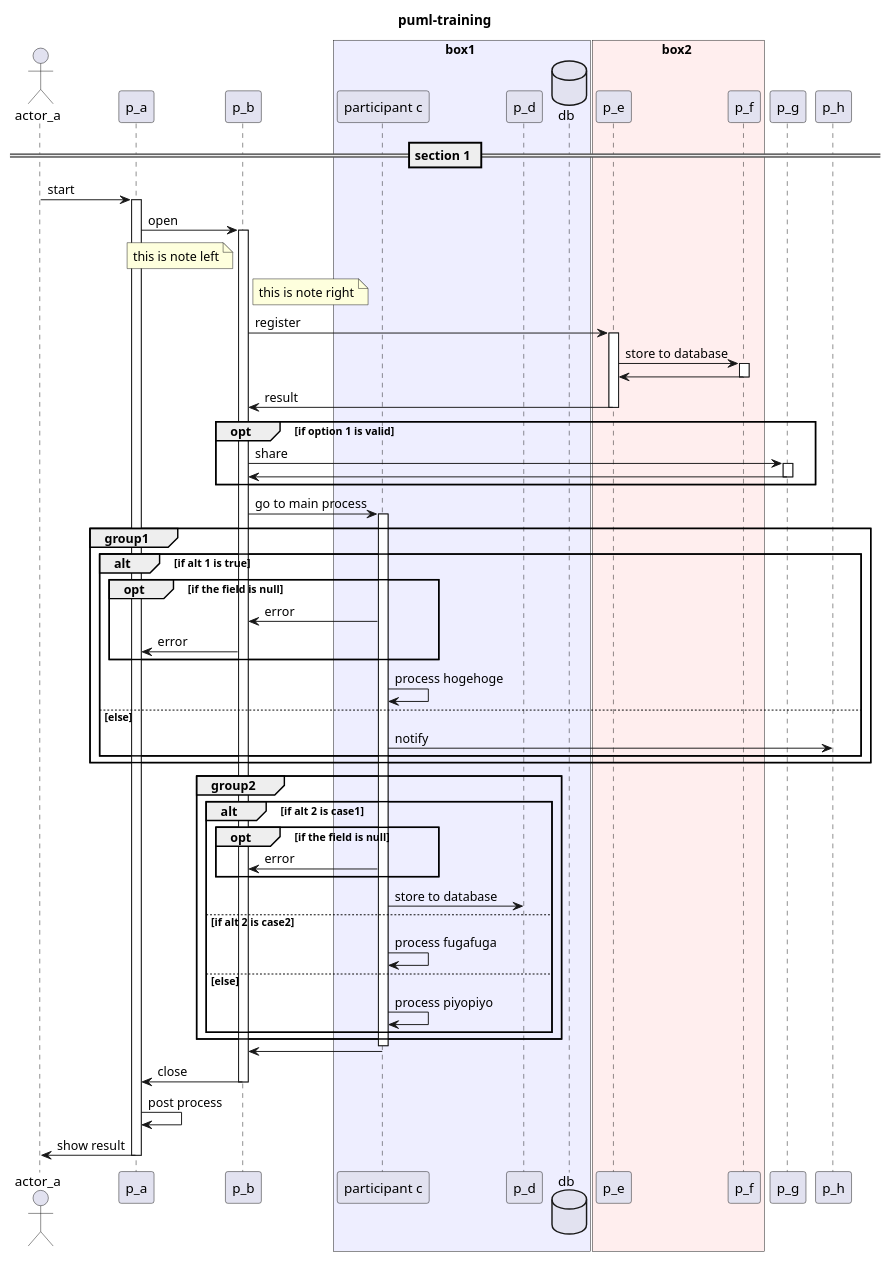
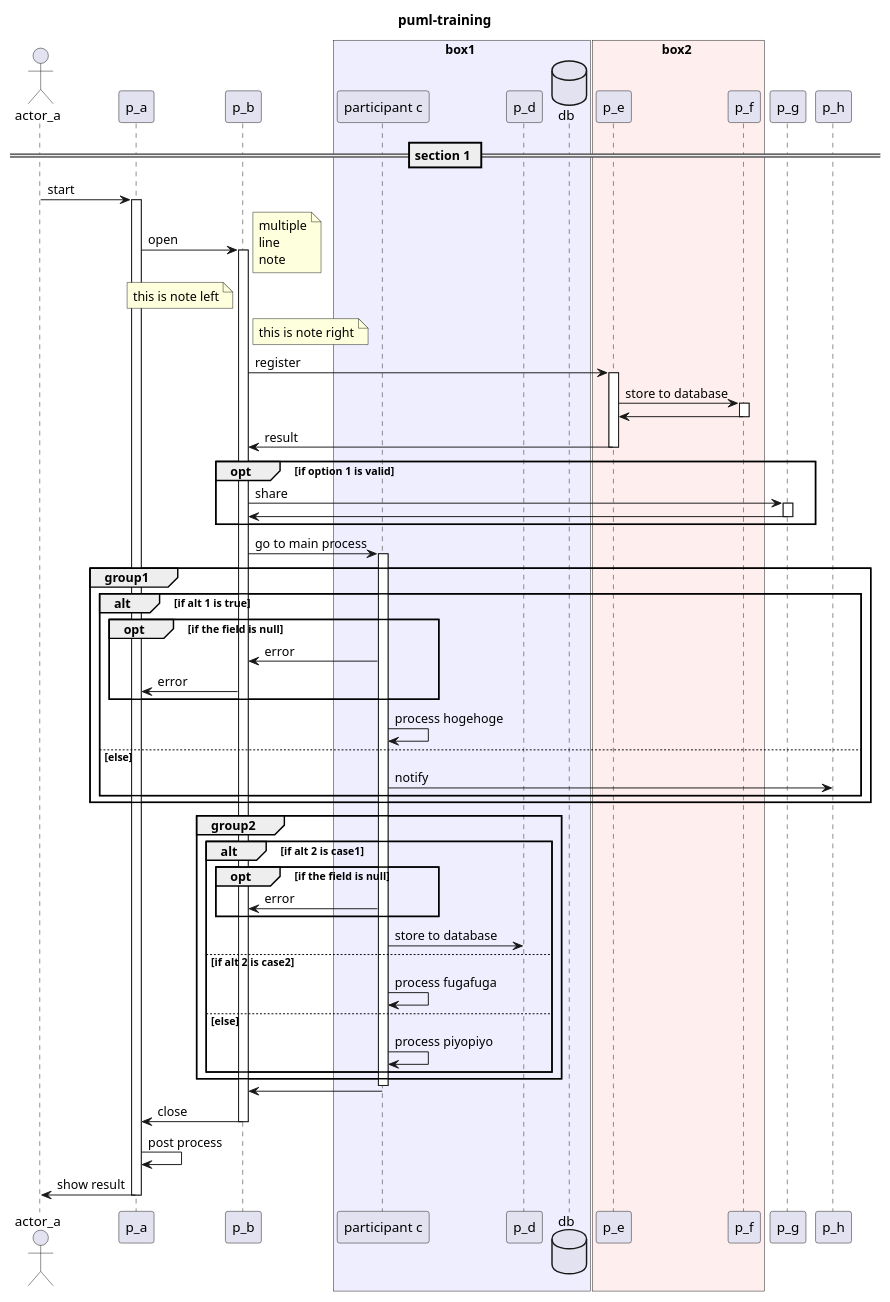
One commit to yokrh/puml-training changed the diagram in sample.puml. Above: the diagram before and after it, drawn with PlantUML.

```diff
--- a/sample.puml
+++ b/sample.puml
@@ -1,80 +1,85 @@
 @startuml uml1
 
 title puml-training
 
 actor actor_a
 participant p_a
 participant p_b
 box box1 #eeeeff
 participant "participant c" as p_c
 participant p_d
 database "db" as db
 endbox
 box box2 #ffeeee
 participant p_e
 participant p_f
 endbox
 participant p_g
 participant p_h
 
 == section 1 ==
 
 actor_a -> p_a : start
 activate p_a
   p_a -> p_b : open
+  note right
+    multiple
+    line
+    note
+  end note
   note left p_b : this is note left
   note right p_b : this is note right
   activate p_b
     p_b -> p_e : register
     activate p_e
       p_e -> p_f : store to database
       activate p_f
         p_f -> p_e
       deactivate p_f
       p_e -> p_b : result
     deactivate p_e
 
     opt if option 1 is valid
       p_b -> p_g : share
       activate p_g
         p_g -> p_b
       deactivate p_g
     end opt
 
     p_b -> p_c : go to main process
 
     activate p_c
       group group1
         alt if alt 1 is true
           opt if the field is null
             p_c -> p_b : error
             p_b -> p_a : error
           end opt
           p_c -> p_c : process hogehoge
         else else
           p_c -> p_h : notify
         end alt
       end group
 
       group group2
         alt if alt 2 is case1
           opt if the field is null
             p_c -> p_b : error
           end opt
           p_c -> p_d : store to database
         else if alt 2 is case2
           p_c -> p_c : process fugafuga
         else else
           p_c -> p_c : process piyopiyo
         end alt
       end group
     deactivate p_c
 
     p_c -> p_b
     p_b -> p_a : close
   deactivate p_b
 p_a -> p_a : post process
 p_a -> actor_a : show result
 deactivate p_a
 
 @enduml
```
